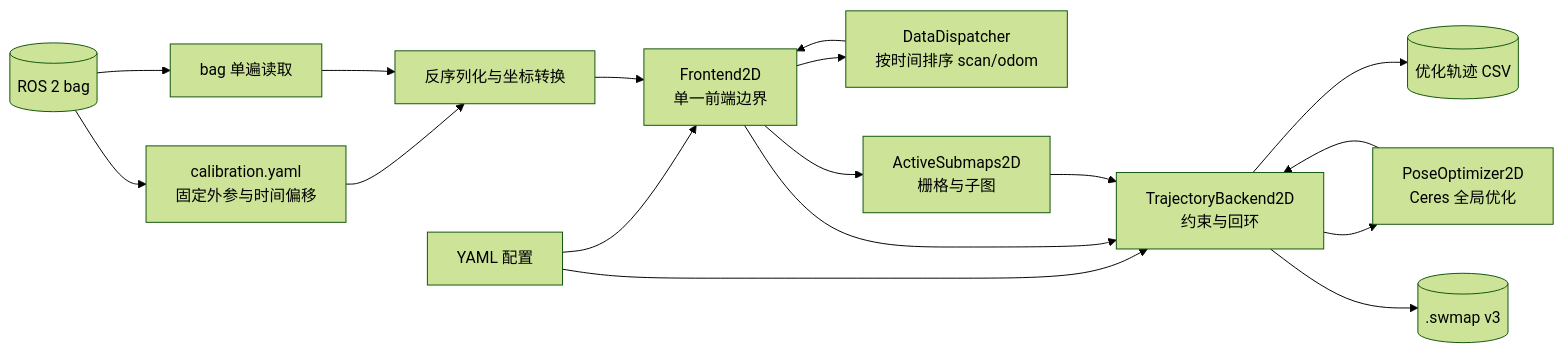
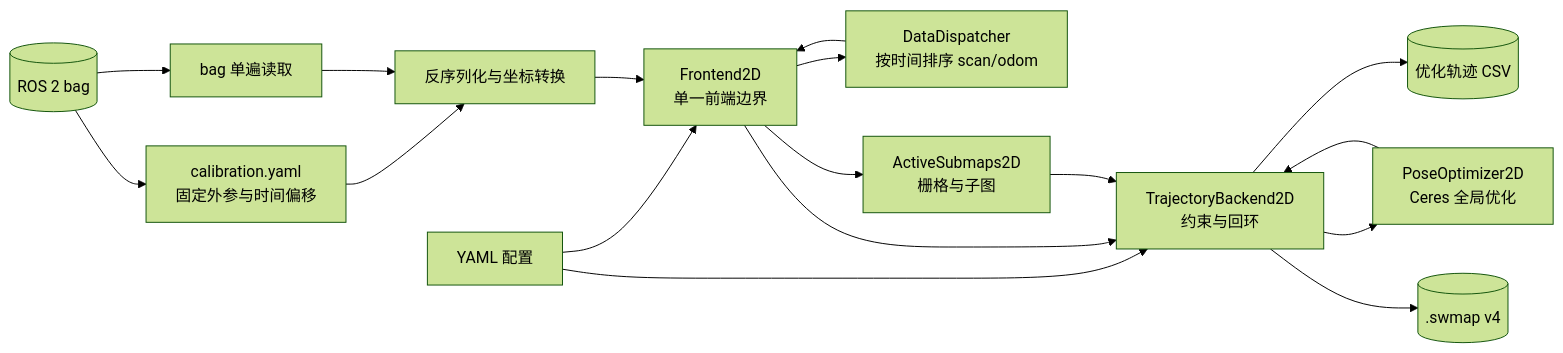
Before and after one commit to liujiacheng1009/cartographer: the diagram in doc/BAG_PIPELINE_ARCHITECTURE.md, drawn with Mermaid (forest theme). The commit also changed other lines of this file and 3 other files, not shown here.

````diff
--- a/doc/BAG_PIPELINE_ARCHITECTURE.md
+++ b/doc/BAG_PIPELINE_ARCHITECTURE.md
@@ -25,32 +25,32 @@
 ```mermaid
 flowchart LR
     BAG[(ROS 2 bag)]
     CFG[YAML 配置]
     TF[calibration.yaml<br/>固定外参与时间偏移]
     READ[bag 单遍读取]
     CONVERT[反序列化与坐标转换]
     DISPATCH[DataDispatcher<br/>按时间排序 scan/odom]
     FRONTEND[Frontend2D<br/>单一前端边界]
     SUBMAP[ActiveSubmaps2D<br/>栅格与子图]
     GRAPH[TrajectoryBackend2D<br/>约束与回环]
     OPT[PoseOptimizer2D<br/>Ceres 全局优化]
     CSV[(优化轨迹 CSV)]
-    SWMAP[(.swmap v3)]
+    SWMAP[(.swmap v4)]
 
     CFG --> FRONTEND
     CFG --> GRAPH
     BAG --> TF
     BAG --> READ
     TF --> CONVERT
     READ --> CONVERT
     CONVERT --> FRONTEND
     FRONTEND --> DISPATCH
     DISPATCH --> FRONTEND
     FRONTEND --> SUBMAP
     FRONTEND --> GRAPH
     SUBMAP --> GRAPH
     GRAPH --> OPT
     OPT --> GRAPH
     GRAPH --> CSV
     GRAPH --> SWMAP
 ```
````
